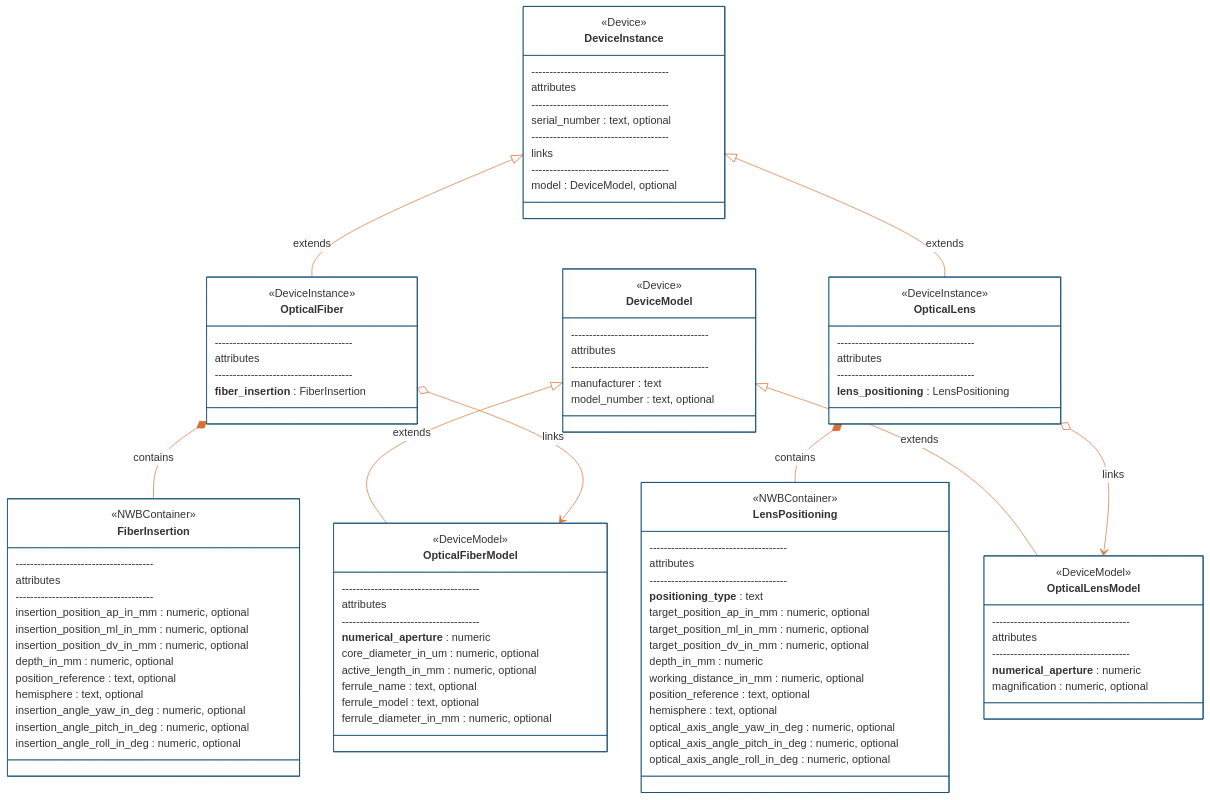
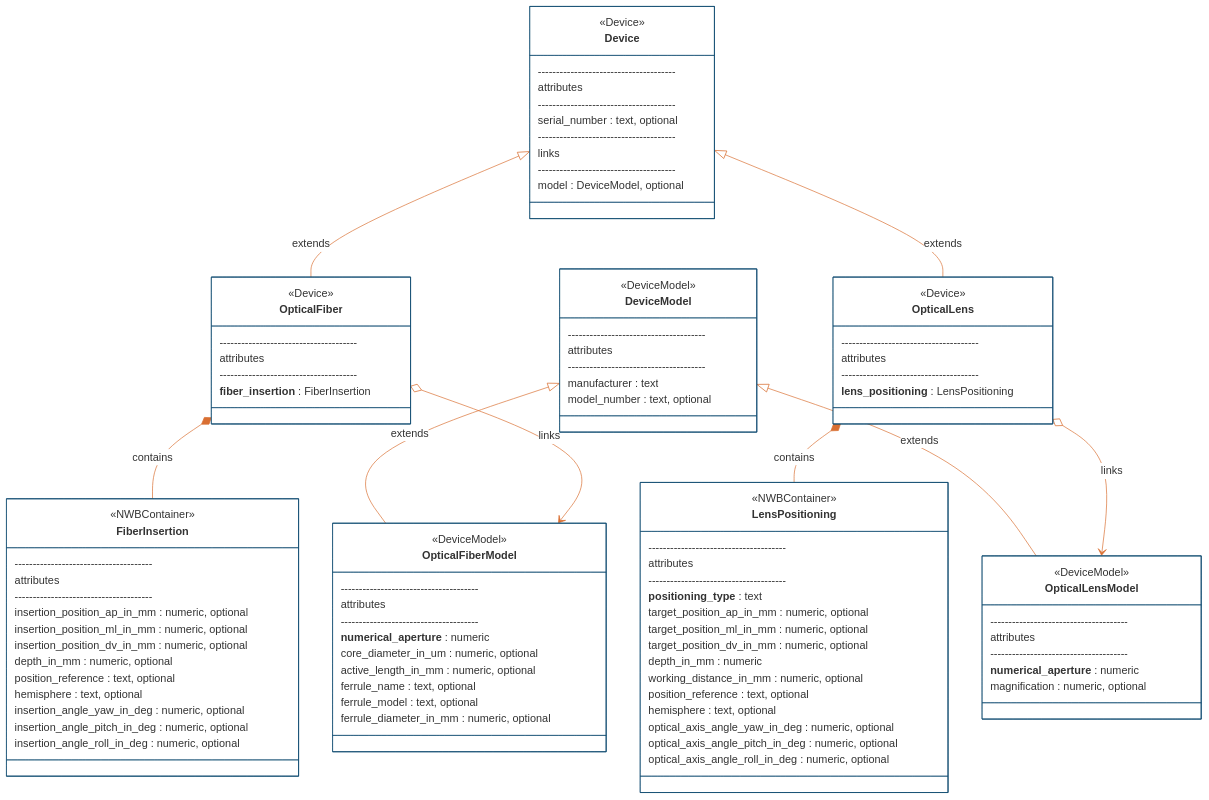
Before and after one commit to catalystneuro/ndx-ophys-devices: the third of 4 diagrams in README.md, drawn with Mermaid. The commit also changed other lines of this file and 8 other files, not shown here.

First line of the commit message:
Switch to core DeviceModel (#20)

````diff
--- a/README.md
+++ b/README.md
@@ -478,7 +476,7 @@
     direction TB    
     
     class DeviceModel{
-        <<Device>>
+        <<DeviceModel>>
         --------------------------------------
         attributes
         --------------------------------------
@@ -486,7 +484,7 @@
         model_number : text, optional
     }
     
-    class DeviceInstance{
+    class Device{
         <<Device>>
         --------------------------------------
         attributes
@@ -528,7 +526,7 @@
     }
     
     class OpticalFiber{
-        <<DeviceInstance>>
+        <<Device>>
         --------------------------------------
         attributes
         --------------------------------------
@@ -563,7 +561,7 @@
     }
     
     class OpticalLens{
-        <<DeviceInstance>>
+        <<Device>>
         --------------------------------------
         attributes
         --------------------------------------
@@ -571,12 +569,12 @@
     }
 
     DeviceModel <|-- OpticalFiberModel : extends
-    DeviceInstance <|-- OpticalFiber : extends
+    Device <|-- OpticalFiber : extends
     OpticalFiber *-- FiberInsertion : contains
     OpticalFiber o--> OpticalFiberModel : links
 
     DeviceModel <|-- OpticalLensModel : extends
-    DeviceInstance <|-- OpticalLens : extends
+    Device <|-- OpticalLens : extends
     OpticalLens *-- LensPositioning : contains
     OpticalLens o--> OpticalLensModel : links
 ```
````
